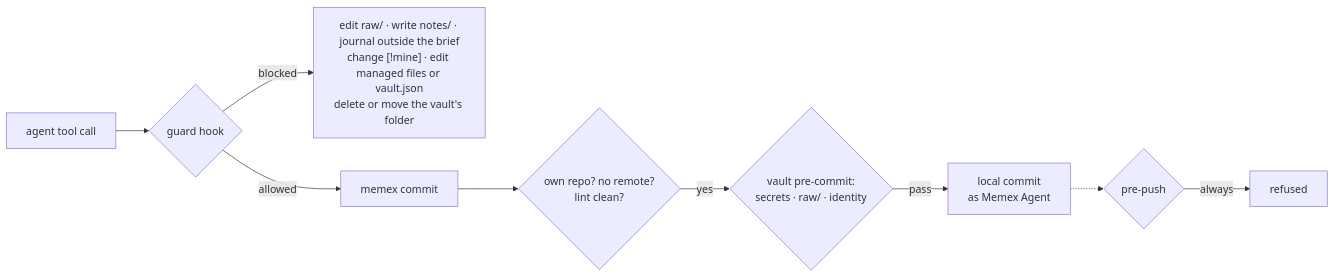
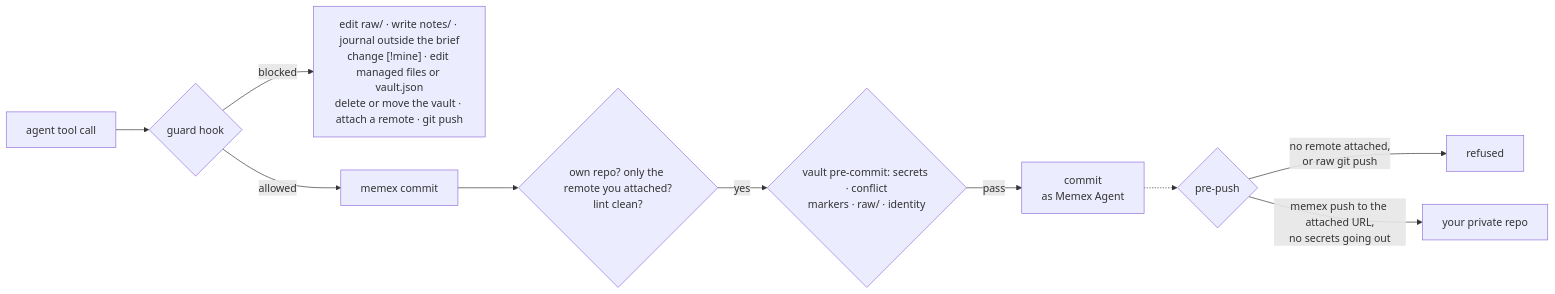
One commit to G-aUr-aV/Memex changed the sixth of 7 diagrams in README.md. Above: the diagram before and after it, drawn with Mermaid. The commit also changed other lines of this file and 35 other files, not shown here.

````diff
--- a/README.md
+++ b/README.md
@@ -291,11 +336,12 @@
 ```mermaid
 flowchart LR
   E["agent tool call"] --> G{"guard hook"}
-  G -- "blocked" --> X1["edit raw/ · write notes/ · journal outside the brief<br/>change [!mine] · edit managed files or vault.json<br/>delete or move the vault's folder"]
+  G -- "blocked" --> X1["edit raw/ · write notes/ · journal outside the brief<br/>change [!mine] · edit managed files or vault.json<br/>delete or move the vault · attach a remote · git push"]
   G -- "allowed" --> C["memex commit"]
-  C --> Q{"own repo? no remote?<br/>lint clean?"}
-  Q -- "yes" --> H{"vault pre-commit:<br/>secrets · raw/ · identity"}
-  H -- "pass" --> OK["local commit<br/>as Memex Agent"]
+  C --> Q{"own repo? only the remote you attached?<br/>lint clean?"}
+  Q -- "yes" --> H{"vault pre-commit: secrets · conflict<br/>markers · raw/ · identity"}
+  H -- "pass" --> OK["commit<br/>as Memex Agent"]
   OK -.-> P{"pre-push"}
-  P -- "always" --> X2["refused"]
+  P -- "no remote attached,<br/>or raw git push" --> X2["refused"]
+  P -- "memex push to the attached URL,<br/>no secrets going out" --> PR["your private repo"]
 ```
````
